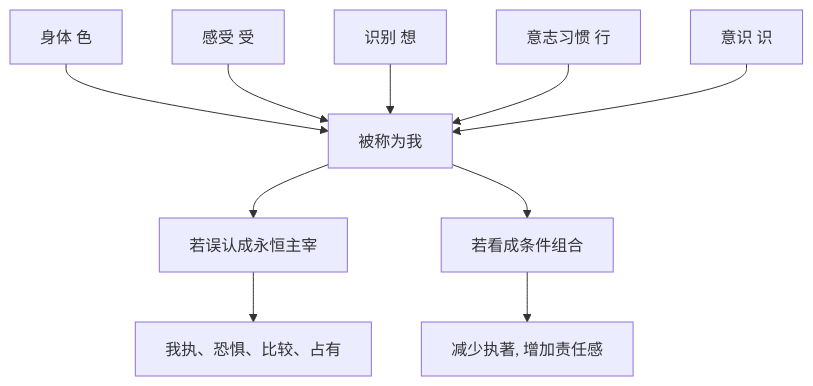
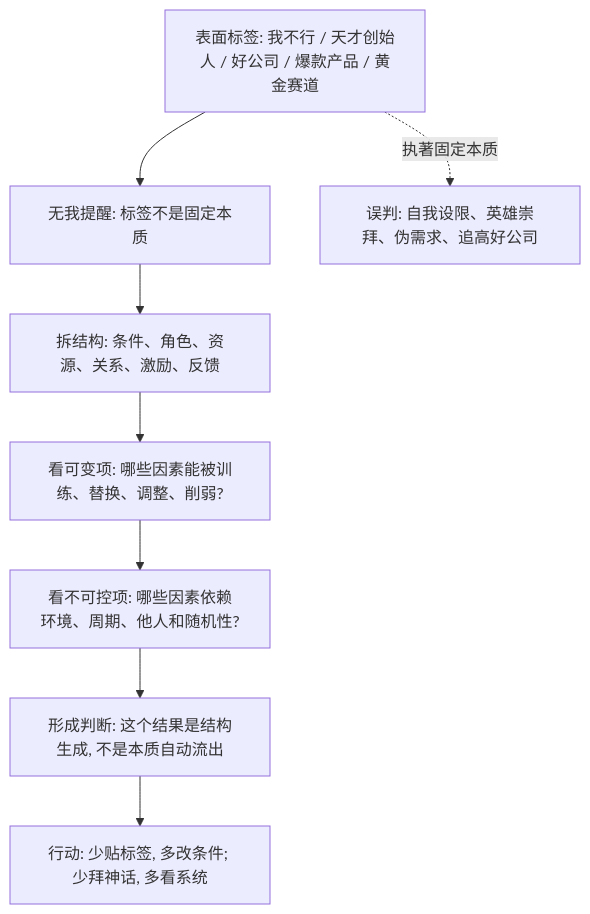
One commit to digoal/blog changed the diagram in 202605/20260518_61.md. Above: the diagram before and after it, drawn with Mermaid. The commit also changed other lines of this file and 15 other files, not shown here.

````diff
--- a/202605/20260518_61.md
+++ b/202605/20260518_61.md
@@ -22,12 +24,10 @@
 ```mermaid
 flowchart TD
-  A["身体 色"] --> F["被称为我"]
-  B["感受 受"] --> F
-  C["识别 想"] --> F
-  D["意志习惯 行"] --> F
-  E["意识 识"] --> F
-  F --> G["若误认成永恒主宰"]
-  G --> H["我执、恐惧、比较、占有"]
-  F --> I["若看成条件组合"]
-  I --> J["减少执著, 增加责任感"]
+  A["表面标签: 我不行 / 天才创始人 / 好公司 / 爆款产品 / 黄金赛道"] --> B["无我提醒: 标签不是固定本质"]
+  B --> C["拆结构: 条件、角色、资源、关系、激励、反馈"]
+  C --> D["看可变项: 哪些因素能被训练、替换、调整、削弱?"]
+  D --> E["看不可控项: 哪些因素依赖环境、周期、他人和随机性?"]
+  E --> F["形成判断: 这个结果是结构生成, 不是本质自动流出"]
+  F --> G["行动: 少贴标签, 多改条件; 少拜神话, 多看系统"]
+  A -. "执著固定本质" .-> H["误判: 自我设限、英雄崇拜、伪需求、追高好公司"]
 ```
````
